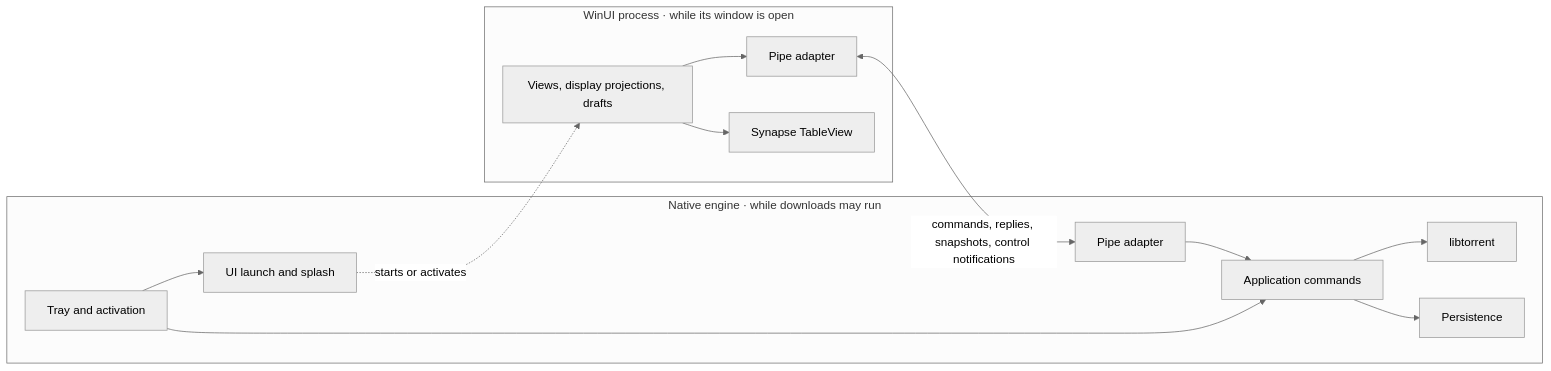
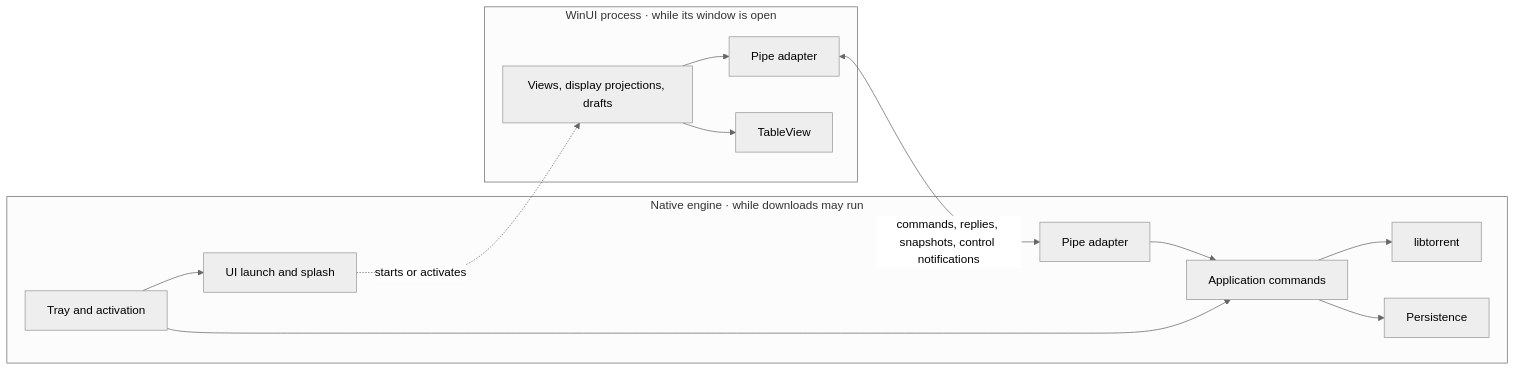
One commit to SynoSoftware/TinyTorrent2 changed the first of 2 diagrams in docs/architecture.md. Above: the diagram before and after it, drawn with Mermaid (neutral theme). The commit also changed other lines of this file and 264 other files, not shown here.

````diff
--- a/docs/architecture.md
+++ b/docs/architecture.md
@@ -59,16 +59,16 @@
 ```mermaid
 flowchart LR
     subgraph UI["WinUI process · while its window is open"]
         Views["Views, display projections, drafts"] --> Client["Pipe adapter"]
-        Views --> Table["Synapse TableView"]
+        Views --> Table["TableView"]
     end
     Client <-->|"commands, replies, snapshots, control notifications"| Pipe
     subgraph Engine["Native engine · while downloads may run"]
         Pipe["Pipe adapter"] --> Commands["Application commands"]
         Tray["Tray and activation"] --> Commands
         Commands --> Torrents["libtorrent"]
         Commands --> Saved["Persistence"]
         Tray --> Launch["UI launch and splash"]
     end
     Launch -.->|"starts or activates"| Views
 ```
````
